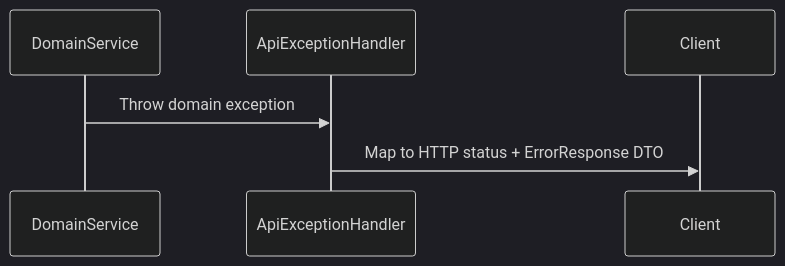
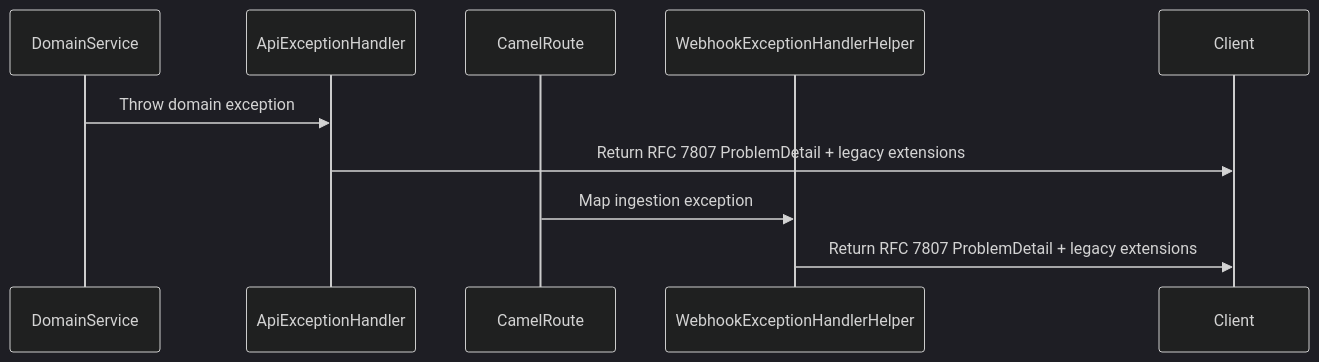
One commit to Decathlon/internal-developer-platform changed the third of 3 diagrams in docs/src/contributing/code/domain-infrastructure.md. Above: the diagram before and after it, drawn with Mermaid (dark theme). The commit also changed 27 other files, not shown here.

Commit message:
refactor(idp-core)!: migrate API errors to RFC 7807 ProblemDetail

````diff
--- a/docs/src/contributing/code/domain-infrastructure.md
+++ b/docs/src/contributing/code/domain-infrastructure.md
@@ -184,8 +184,12 @@
 ```mermaid
 sequenceDiagram
     participant DomainService
     participant ApiExceptionHandler
+    participant CamelRoute
+    participant WebhookExceptionHandlerHelper
     participant Client
     DomainService->>ApiExceptionHandler: Throw domain exception
-    ApiExceptionHandler->>Client: Map to HTTP status + ErrorResponse DTO
+    ApiExceptionHandler->>Client: Return RFC 7807 ProblemDetail + legacy extensions
+    CamelRoute->>WebhookExceptionHandlerHelper: Map ingestion exception
+    WebhookExceptionHandlerHelper->>Client: Return RFC 7807 ProblemDetail + legacy extensions
 ```
````
